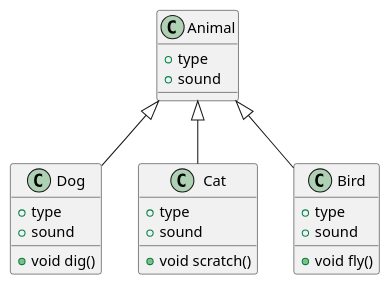
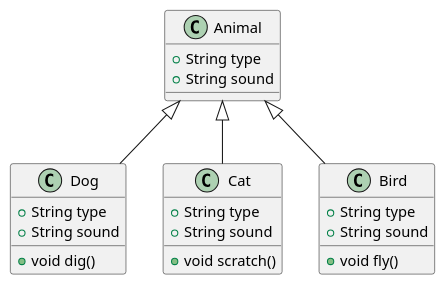
Before and after one commit to SeSAC-Flutter-6/learn_dart_together: the diagram in lib/05_inheritance/animal/animal.puml, drawn with PlantUML. The commit also changed 5 other files, not shown here.

Commit message:
feat : vehicle, truck, car, motorcycle 클래스 작성, plantuml 작성

```diff
--- a/lib/05_inheritance/animal/animal.puml
+++ b/lib/05_inheritance/animal/animal.puml
@@ -1,25 +1,25 @@
 @startuml
 class Animal{
-+type
-+sound
++String type
++String sound
 }
 
 class Dog extends Animal{
-+type
-+sound
++String type
++String sound
 +void dig()
 }
 
 class Cat extends Animal{
-+type
-+sound
++String type
++String sound
 +void scratch()
 }
 
 class Bird extends Animal{
-+type
-+sound
++String type
++String sound
 +void fly()
 }
 
 @enduml
```
